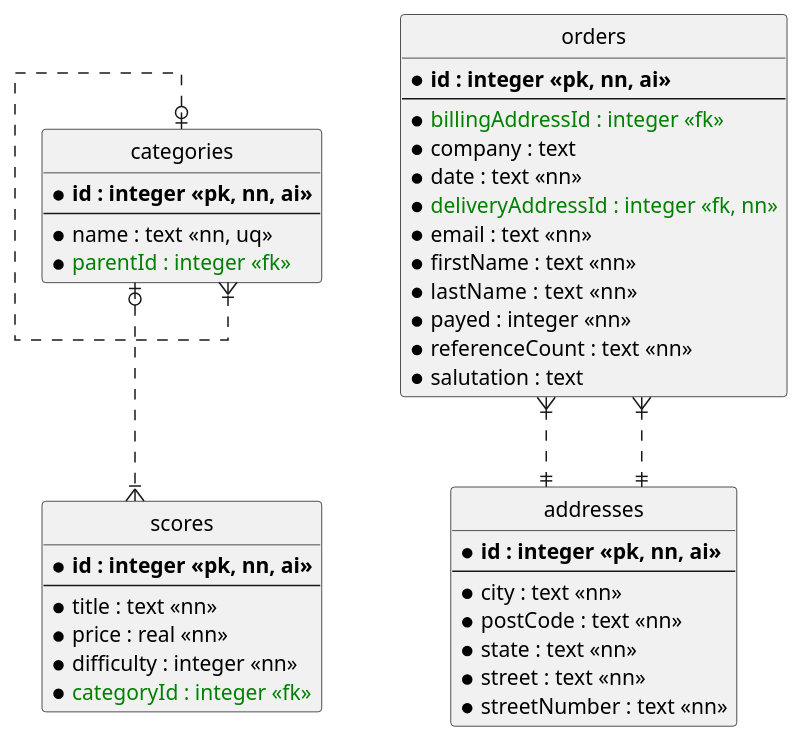
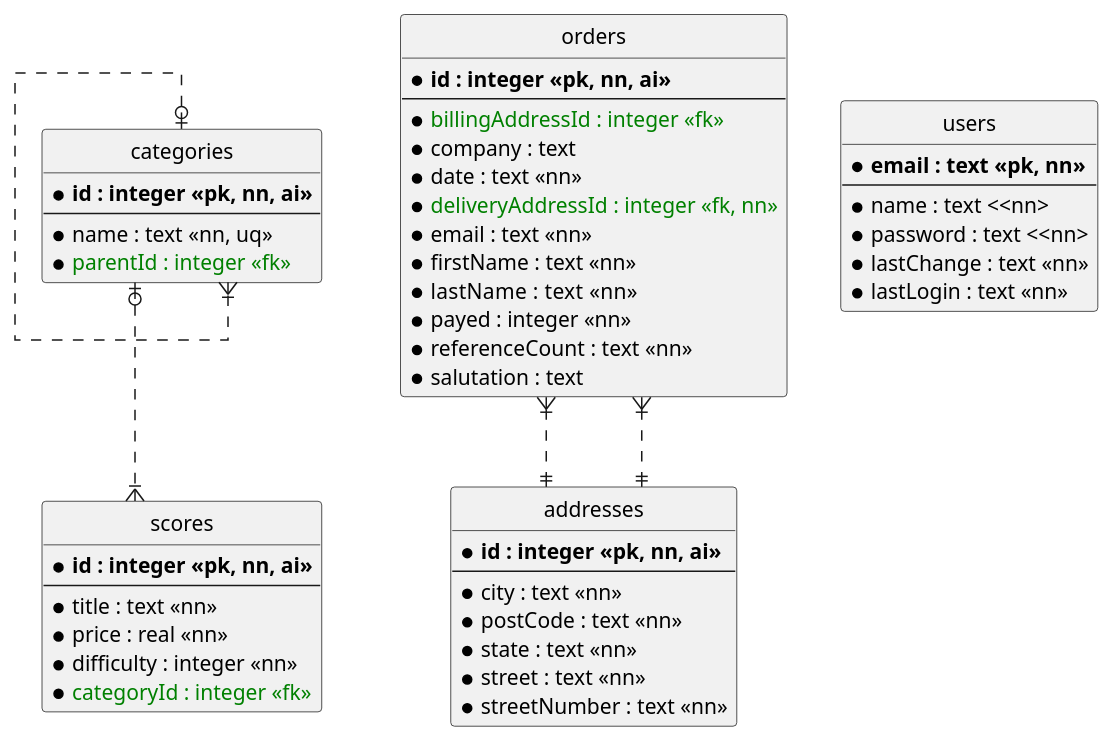
One commit to mknentwich/core changed the diagram in doc/database/database.adoc. Above: the diagram before and after it, drawn with PlantUML.

Commit message:
added users table

```diff
--- a/doc/database/database.adoc
+++ b/doc/database/database.adoc
@@ -8,59 +8,68 @@
 [plantuml, database_model, svg]
 ....
 @startuml
 
 hide circle
 skinparam linetype ortho
 
 ' entities
 
 entity "categories" as cat {
   * **id : integer <<pk, nn, ai>>**
   --
   *name : text <<nn, uq>>
   *<color:green>parentId : integer <<fk>></color>
 }
 
 entity "scores" as sco {
   * **id : integer <<pk, nn, ai>>**
   --
   *title : text <<nn>>
   *price : real <<nn>>
   *difficulty : integer <<nn>>
   *<color:green>categoryId : integer <<fk>></color>
 }
 
 entity "orders" as ord {
   * **id : integer <<pk, nn, ai>>**
   --
   *<color:green>billingAddressId : integer <<fk>></color>
   *company : text
   *date : text <<nn>>
   *<color:green>deliveryAddressId : integer <<fk, nn>></color>
   *email : text <<nn>>
   *firstName : text <<nn>>
   *lastName :  text <<nn>>
   *payed : integer <<nn>>
   *referenceCount : text <<nn>>
   *salutation : text
 }
 
 entity "addresses" as add {
   * **id : integer <<pk, nn, ai>>**
   --
   *city : text <<nn>>
   *postCode : text <<nn>>
   *state : text <<nn>>
   *street : text <<nn>>
   *streetNumber : text <<nn>>
 }
 
+entity "users" {
+  * **email : text <<pk, nn>>**
+  --
+  *name : text <<nn>
+  *password : text <<nn>
+  *lastChange : text <<nn>>
+  *lastLogin : text <<nn>>
+}
+
 ' relations
 
 cat |o..|{ cat
 cat |o..|{ sco
 ord }|..|| add
 ord }|..|| add
 
 @enduml
 ....
```
